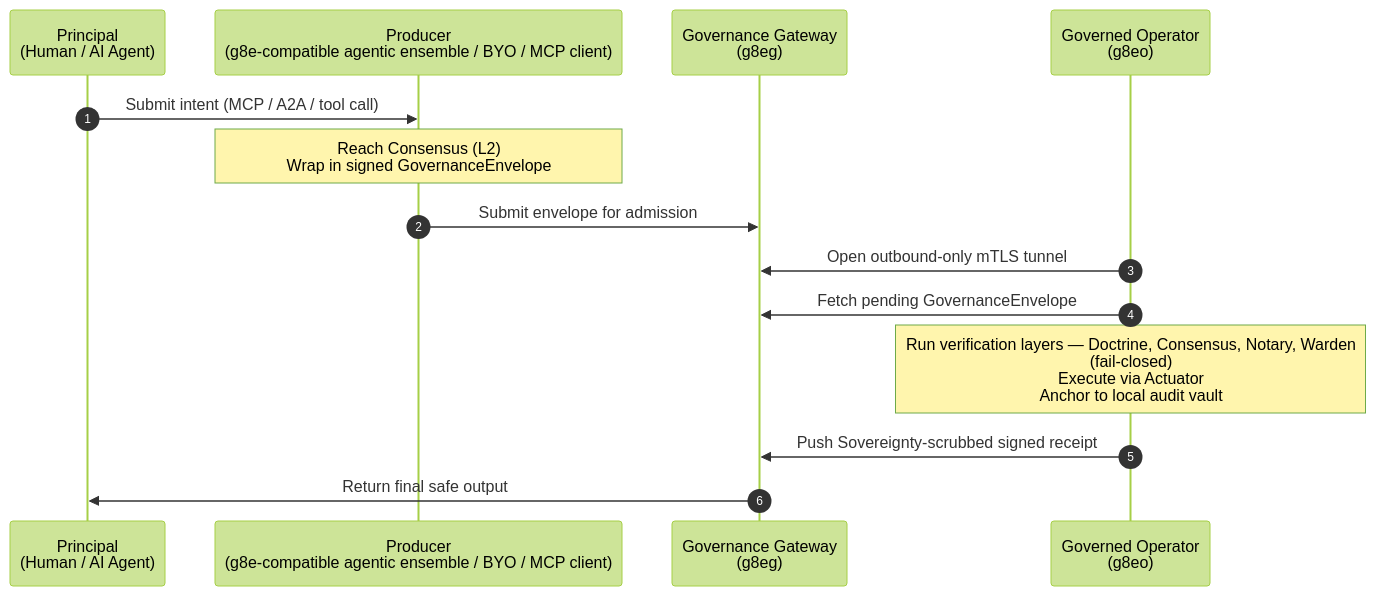
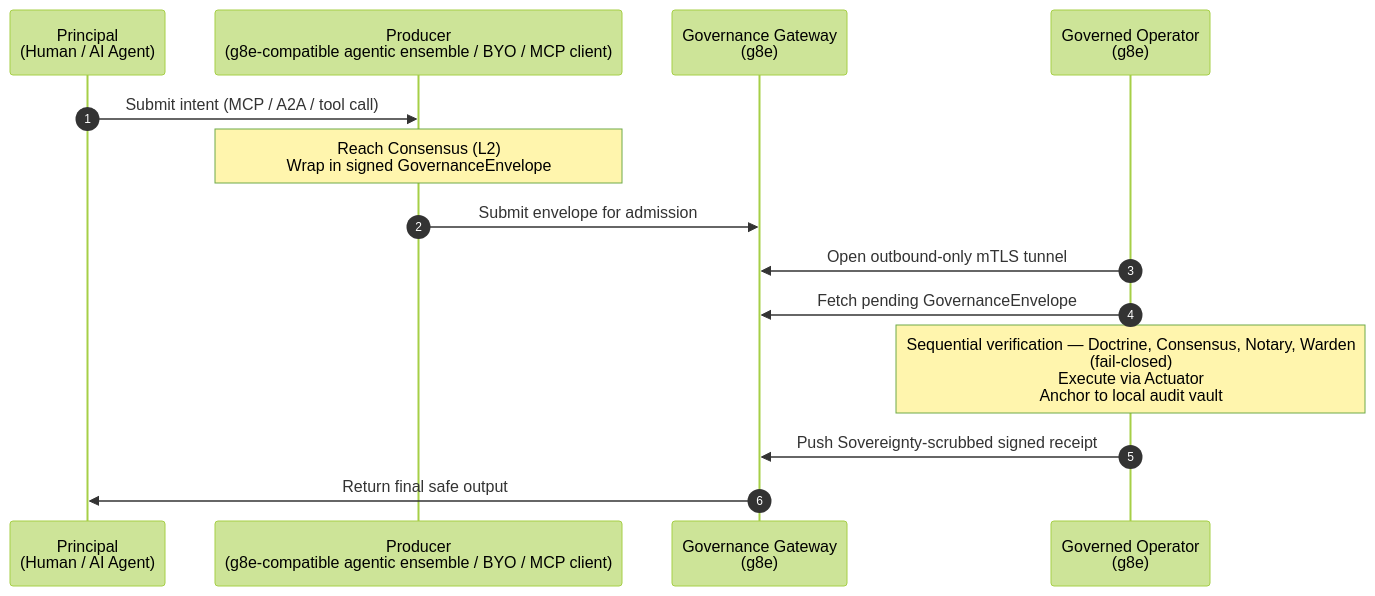
The second of 3 diagrams in README.md (g8e-ai/g8e), drawn with Mermaid (forest theme) before and after one commit. The commit also changed other lines of this file and 9 other files, not shown here.

````diff
--- a/README.md
+++ b/README.md
@@ -115,20 +197,20 @@
 ```mermaid
 sequenceDiagram
     autonumber
     participant Principal as Principal<br/>(Human / AI Agent)
     participant Ensemble as Producer<br/>(g8e-compatible agentic ensemble / BYO / MCP client)
-    participant Gateway as Governance Gateway<br/>(g8eg)
-    participant Operator as Governed Operator<br/>(g8eo)
+    participant Gateway as Governance Gateway<br/>(g8e)
+    participant Operator as Governed Operator<br/>(g8e)
 
     Principal->>Ensemble: Submit intent (MCP / A2A / tool call)
     Note over Ensemble: Reach Consensus (L2)<br/>Wrap in signed GovernanceEnvelope
     Ensemble->>Gateway: Submit envelope for admission
 
     Operator->>Gateway: Open outbound-only mTLS tunnel
     Operator->>Gateway: Fetch pending GovernanceEnvelope
 
-    Note over Operator: Run verification layers — Doctrine, Consensus, Notary, Warden<br/>(fail-closed)<br/>Execute via Actuator<br/>Anchor to local audit vault
+    Note over Operator: Sequential verification — Doctrine, Consensus, Notary, Warden<br/>(fail-closed)<br/>Execute via Actuator<br/>Anchor to local audit vault
 
     Operator->>Gateway: Push Sovereignty-scrubbed signed receipt
     Gateway->>Principal: Return final safe output
 ```
````
